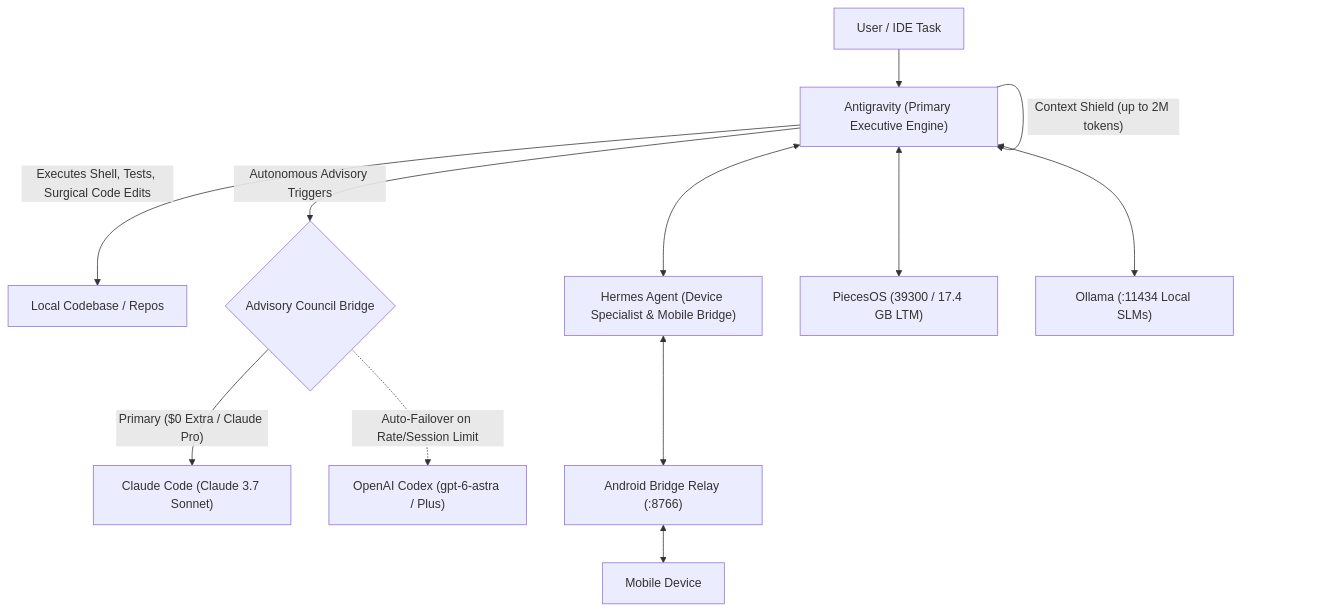
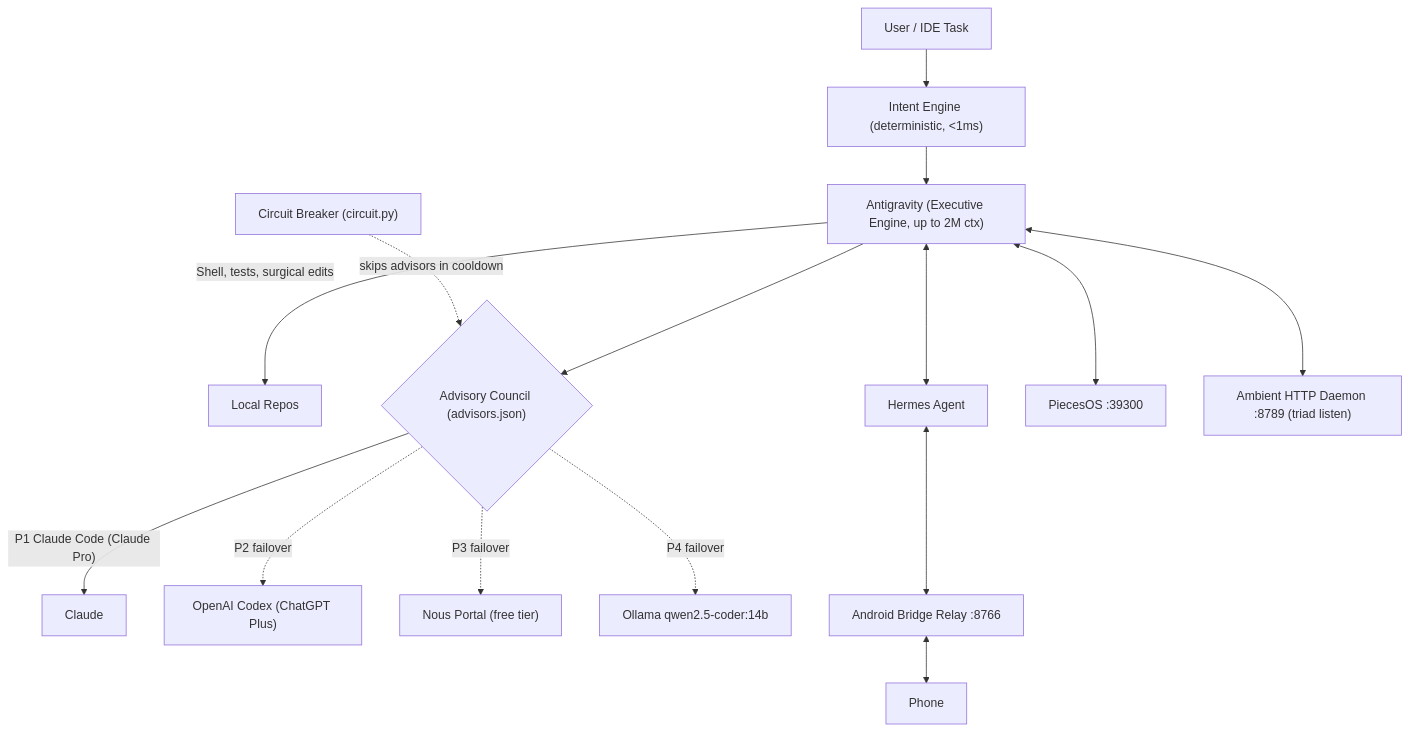
Before and after one commit to Papa-Bear4216/autonomous-triad: the diagram in README.md, drawn with Mermaid. The commit also changed other lines of this file, not shown here.

First line of the commit message:
docs: refresh README for v3.3 (circuit breaker, adversarial arena, daemon, hook)

````diff
--- a/README.md
+++ b/README.md
@@ -11,16 +13,17 @@
 ```mermaid
 flowchart TD
-    User["User / IDE Task"] --> A["Antigravity (Primary Executive Engine)"]
-    A -- "Context Shield (up to 2M tokens)" --> A
-    A -- "Executes Shell, Tests, Surgical Code Edits" --> FS["Local Codebase / Repos"]
+    User["User / IDE Task"] --> I["Intent Engine (deterministic, <1ms)"]
+    I --> A["Antigravity (Executive Engine, up to 2M ctx)"]
+    A -- "Shell, tests, surgical edits" --> FS["Local Repos"]
 
-    A -- "Autonomous Advisory Triggers" --> AC{"Advisory Council Bridge"}
-    AC -- "Primary ($0 Extra / Claude Pro)" --> C["Claude Code (Claude 3.7 Sonnet)"]
-    AC -. "Auto-Failover on Rate/Session Limit" .-> CX["OpenAI Codex (gpt-6-astra / Plus)"]
+    A --> AC{"Advisory Council (advisors.json)"}
+    AC -- "P1 Claude Code (Claude Pro)" --> C["Claude"]
+    AC -. "P2 failover" .-> CX["OpenAI Codex (ChatGPT Plus)"]
+    AC -. "P3 failover" .-> N["Nous Portal (free tier)"]
+    AC -. "P4 failover" .-> O["Ollama qwen2.5-coder:14b"]
+    CB["Circuit Breaker (circuit.py)"] -. "skips advisors in cooldown" .-> AC
 
-    A <--> H["Hermes Agent (Device Specialist & Mobile Bridge)"]
-    H <--> Relay["Android Bridge Relay (:8766)"] <--> Phone["Mobile Device"]
-
-    A <--> POS["PiecesOS (39300 / 17.4 GB LTM)"]
-    A <--> OLL["Ollama (:11434 Local SLMs)"]
+    A <--> H["Hermes Agent"] <--> Relay["Android Bridge Relay :8766"] <--> Phone["Phone"]
+    A <--> POS["PiecesOS :39300"]
+    A <--> D["Ambient HTTP Daemon :8789 (triad listen)"]
 ```
````
